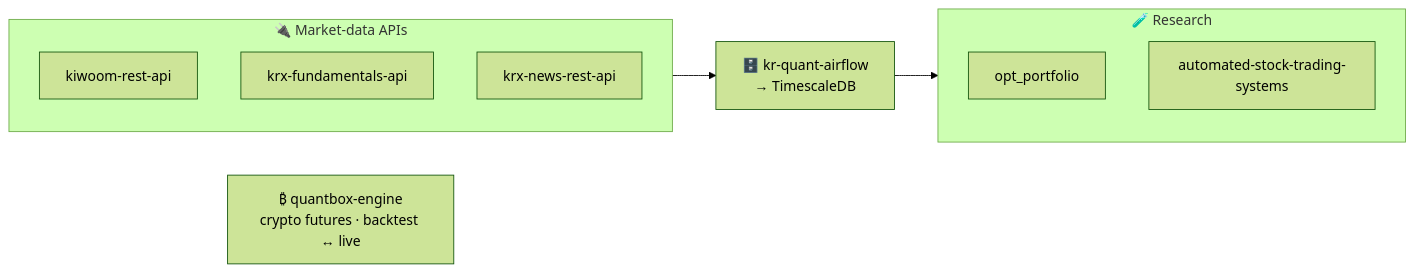
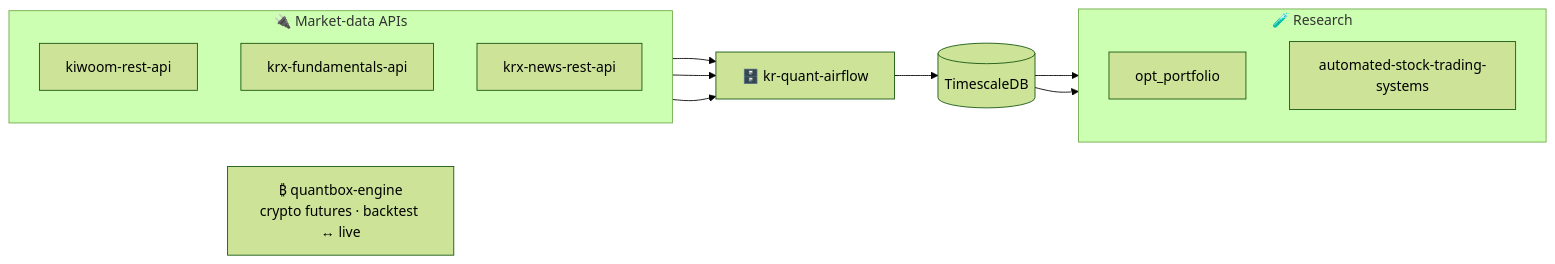
The diagram in README.md (younghwan91/younghwan91), drawn with Mermaid (forest theme) before and after one commit.

Commit message:
docs: 오픈소스 다이어그램 정리 — 노드 간 실제 엣지로 재구성
subgraph→subgraph 엣지가 지저분하게 렌더되던 것을 실제 노드 엣지로 교체:
API 3종이 kr-quant-airflow로 수렴 → TimescaleDB(실린더) → 리서치 2종으로 분기.
크립토(quantbox-engine)는 별도 트랙으로 명확히 분리.

````diff
--- a/README.md
+++ b/README.md
@@ -35,17 +35,23 @@
 ```mermaid
 flowchart LR
-    subgraph APIs["🔌 Market-data APIs"]
+    subgraph SRC["🔌 Market-data APIs"]
         direction TB
         K[kiwoom-rest-api]
         F[krx-fundamentals-api]
-        N[krx-news-rest-api]
+        NW[krx-news-rest-api]
     end
-    P["🗄️ kr-quant-airflow<br/>→ TimescaleDB"]
+    AF["🗄️ kr-quant-airflow"]
+    DB[("TimescaleDB")]
     subgraph RES["🧪 Research"]
         direction TB
         O[opt_portfolio]
-        S[automated-stock-trading-systems]
+        AT[automated-stock-trading-systems]
     end
-    C["₿ quantbox-engine<br/>crypto futures · backtest ↔ live"]
-    APIs --> P --> RES
+    K --> AF
+    F --> AF
+    NW --> AF
+    AF --> DB
+    DB --> O
+    DB --> AT
+    CR["₿ quantbox-engine<br/>crypto futures · backtest ↔ live"]
 ```
````
